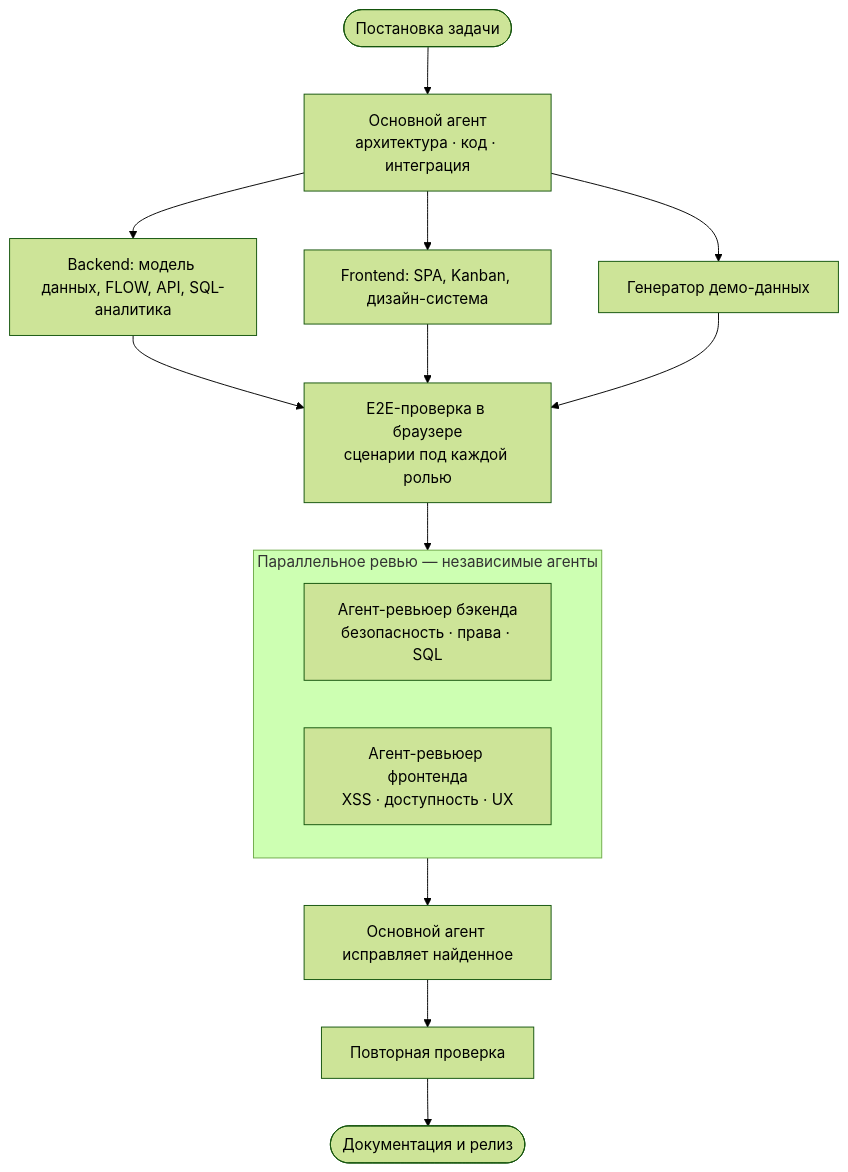
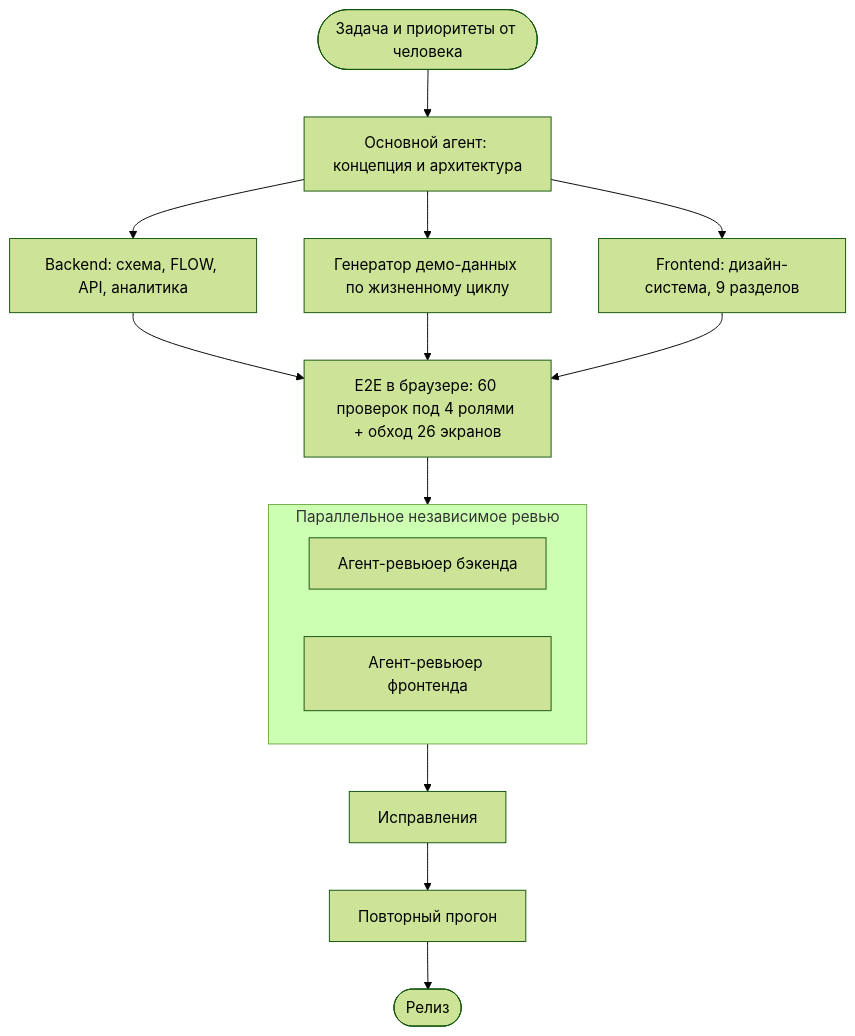
Before and after one commit to NickPlexus/creative-desk: the second of 2 diagrams in README.md, drawn with Mermaid (forest theme). The commit also changed other lines of this file and 30 other files, not shown here.

````diff
--- a/README.md
+++ b/README.md
@@ -142,16 +119,14 @@
 ```mermaid
 flowchart TB
-  H([Постановка задачи]) --> O
-  O["Основной агент<br/>архитектура · код · интеграция"]
-  O --> B[Backend: модель данных, FLOW, API, SQL-аналитика]
-  O --> F[Frontend: SPA, Kanban, дизайн-система]
-  O --> S[Генератор демо-данных]
-  B & F & S --> E2E["E2E-проверка в браузере<br/>сценарии под каждой ролью"]
+  H([Задача и приоритеты от человека]) --> P[Основной агент: концепция и архитектура]
+  P --> B[Backend: схема, FLOW, API, аналитика]
+  P --> D[Генератор демо-данных по жизненному циклу]
+  P --> FE[Frontend: дизайн-система, 9 разделов]
+  B & D & FE --> E2E["E2E в браузере: 60 проверок под 4 ролями + обход 26 экранов"]
   E2E --> RV
-  subgraph RV["Параллельное ревью — независимые агенты"]
-    R1["Агент-ревьюер бэкенда<br/>безопасность · права · SQL"]
-    R2["Агент-ревьюер фронтенда<br/>XSS · доступность · UX"]
+  subgraph RV[Параллельное независимое ревью]
+    R1[Агент-ревьюер бэкенда]
+    R2[Агент-ревьюер фронтенда]
   end
-  RV --> FX[Основной агент исправляет найденное]
-  FX --> E2E2[Повторная проверка] --> D([Документация и релиз])
+  RV --> FX[Исправления] --> E2E2[Повторный прогон] --> REL([Релиз])
 ```
````
